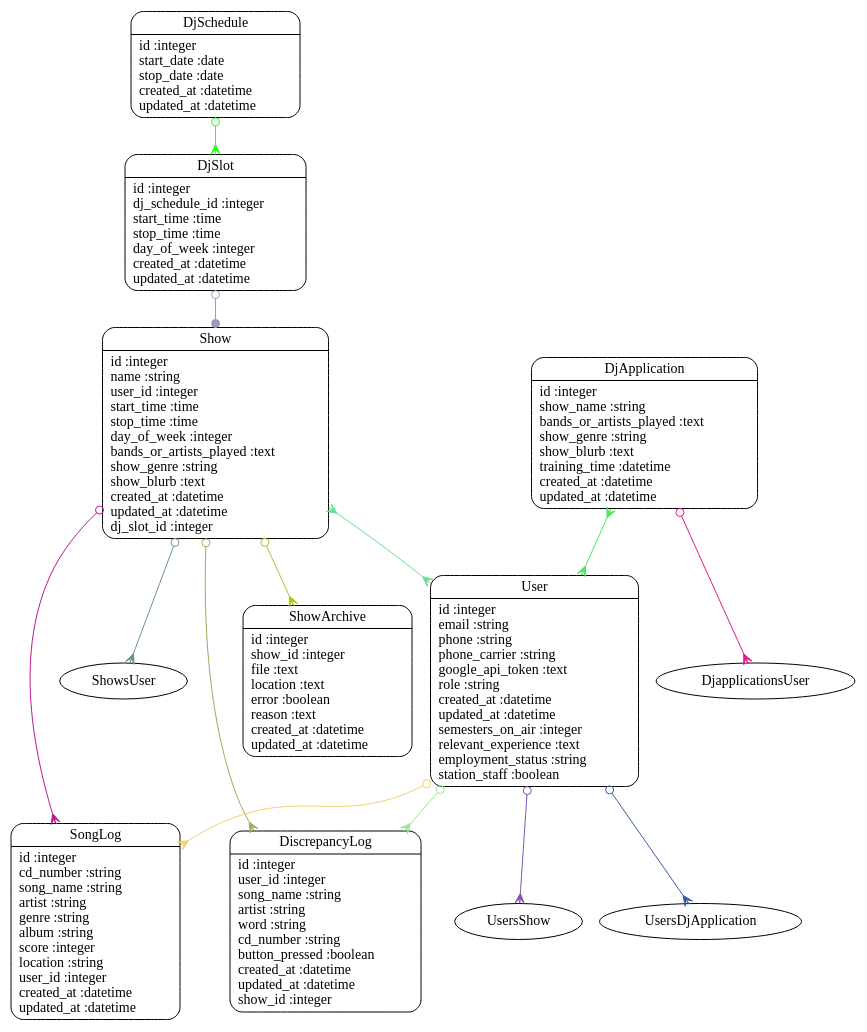
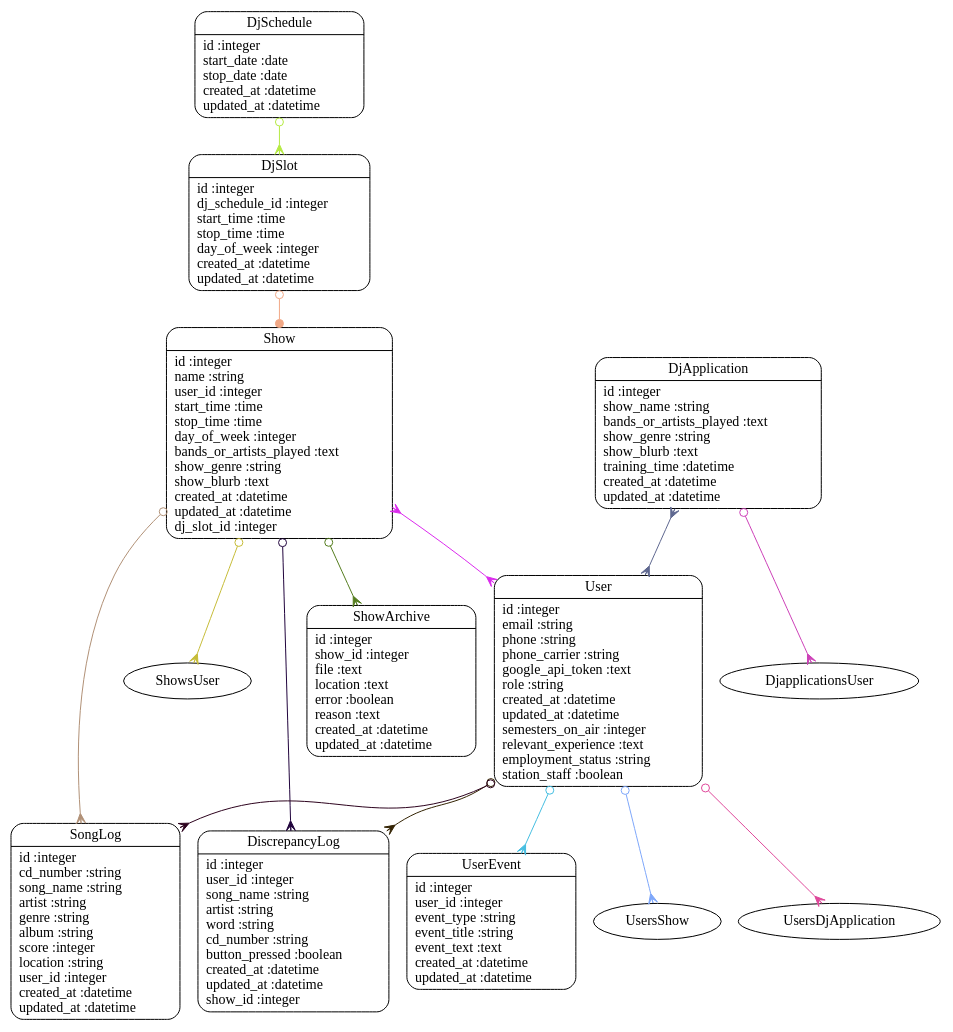
One commit to NeilBetham/diskjockey changed the diagram in models.dot. Above: the diagram before and after it, drawn with Graphviz. The commit also changed 7 other files, not shown here.

Commit message:
Added user event for subs and no shows

```diff
--- a/models.dot
+++ b/models.dot
@@ -1,24 +1,26 @@
 digraph models_diagram {
 	graph[overlap=false, splines=true]
 	"DiscrepancyLog" [shape=Mrecord, label="{DiscrepancyLog|id :integer\luser_id :integer\lsong_name :string\lartist :string\lword :string\lcd_number :string\lbutton_pressed :boolean\lcreated_at :datetime\lupdated_at :datetime\lshow_id :integer\l}"]
 	"DjApplication" [shape=Mrecord, label="{DjApplication|id :integer\lshow_name :string\lbands_or_artists_played :text\lshow_genre :string\lshow_blurb :text\ltraining_time :datetime\lcreated_at :datetime\lupdated_at :datetime\l}"]
 	"DjSchedule" [shape=Mrecord, label="{DjSchedule|id :integer\lstart_date :date\lstop_date :date\lcreated_at :datetime\lupdated_at :datetime\l}"]
 	"DjSlot" [shape=Mrecord, label="{DjSlot|id :integer\ldj_schedule_id :integer\lstart_time :time\lstop_time :time\lday_of_week :integer\lcreated_at :datetime\lupdated_at :datetime\l}"]
 	"Show" [shape=Mrecord, label="{Show|id :integer\lname :string\luser_id :integer\lstart_time :time\lstop_time :time\lday_of_week :integer\lbands_or_artists_played :text\lshow_genre :string\lshow_blurb :text\lcreated_at :datetime\lupdated_at :datetime\ldj_slot_id :integer\l}"]
 	"ShowArchive" [shape=Mrecord, label="{ShowArchive|id :integer\lshow_id :integer\lfile :text\llocation :text\lerror :boolean\lreason :text\lcreated_at :datetime\lupdated_at :datetime\l}"]
 	"SongLog" [shape=Mrecord, label="{SongLog|id :integer\lcd_number :string\lsong_name :string\lartist :string\lgenre :string\lalbum :string\lscore :integer\llocation :string\luser_id :integer\lcreated_at :datetime\lupdated_at :datetime\l}"]
 	"User" [shape=Mrecord, label="{User|id :integer\lemail :string\lphone :string\lphone_carrier :string\lgoogle_api_token :text\lrole :string\lcreated_at :datetime\lupdated_at :datetime\lsemesters_on_air :integer\lrelevant_experience :text\lemployment_status :string\lstation_staff :boolean\l}"]
-	"DjApplication" -> "DjapplicationsUser" [arrowtail=odot, arrowhead=crow, dir=both color="#E4178D"]
-	"DjApplication" -> "User" [arrowtail=crow, arrowhead=crow, dir=both color="#47E75F"]
-	"DjSchedule" -> "DjSlot" [arrowtail=odot, arrowhead=crow, dir=both color="#2DFC18"]
-	"DjSlot" -> "Show" [arrowtail=odot, arrowhead=dot, dir=both color="#A396BC"]
-	"Show" -> "ShowsUser" [arrowtail=odot, arrowhead=crow, dir=both color="#689981"]
-	"Show" -> "User" [arrowtail=crow, arrowhead=crow, dir=both color="#64E18E"]
-	"Show" -> "SongLog" [arrowtail=odot, arrowhead=crow, dir=both color="#BB1797"]
-	"Show" -> "DiscrepancyLog" [arrowtail=odot, arrowhead=crow, dir=both color="#9FAC5C"]
-	"Show" -> "ShowArchive" [arrowtail=odot, arrowhead=crow, dir=both color="#AAC420"]
-	"User" -> "SongLog" [arrowtail=odot, arrowhead=crow, dir=both color="#F4D070"]
-	"User" -> "DiscrepancyLog" [arrowtail=odot, arrowhead=crow, dir=both color="#9AE591"]
-	"User" -> "UsersShow" [arrowtail=odot, arrowhead=crow, dir=both color="#8153B5"]
-	"User" -> "UsersDjApplication" [arrowtail=odot, arrowhead=crow, dir=both color="#385CA1"]
+	"UserEvent" [shape=Mrecord, label="{UserEvent|id :integer\luser_id :integer\levent_type :string\levent_title :string\levent_text :text\lcreated_at :datetime\lupdated_at :datetime\l}"]
+	"DjApplication" -> "DjapplicationsUser" [arrowtail=odot, arrowhead=crow, dir=both color="#CD41B8"]
+	"DjApplication" -> "User" [arrowtail=crow, arrowhead=crow, dir=both color="#5F6890"]
+	"DjSchedule" -> "DjSlot" [arrowtail=odot, arrowhead=crow, dir=both color="#B5EA43"]
+	"DjSlot" -> "Show" [arrowtail=odot, arrowhead=dot, dir=both color="#F1A886"]
+	"Show" -> "ShowsUser" [arrowtail=odot, arrowhead=crow, dir=both color="#C6BC38"]
+	"Show" -> "User" [arrowtail=crow, arrowhead=crow, dir=both color="#DB2BED"]
+	"Show" -> "SongLog" [arrowtail=odot, arrowhead=crow, dir=both color="#B19177"]
+	"Show" -> "DiscrepancyLog" [arrowtail=odot, arrowhead=crow, dir=both color="#21043D"]
+	"Show" -> "ShowArchive" [arrowtail=odot, arrowhead=crow, dir=both color="#557D1F"]
+	"User" -> "SongLog" [arrowtail=odot, arrowhead=crow, dir=both color="#2D031E"]
+	"User" -> "DiscrepancyLog" [arrowtail=odot, arrowhead=crow, dir=both color="#342404"]
+	"User" -> "UserEvent" [arrowtail=odot, arrowhead=crow, dir=both color="#46BEE1"]
+	"User" -> "UsersShow" [arrowtail=odot, arrowhead=crow, dir=both color="#7EA7FA"]
+	"User" -> "UsersDjApplication" [arrowtail=odot, arrowhead=crow, dir=both color="#DF479A"]
 }
```
